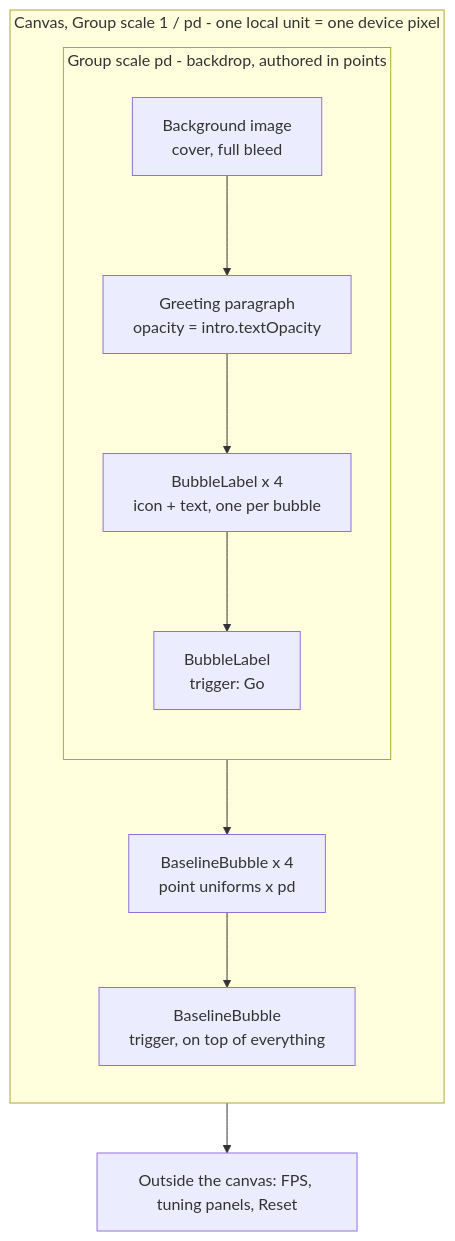
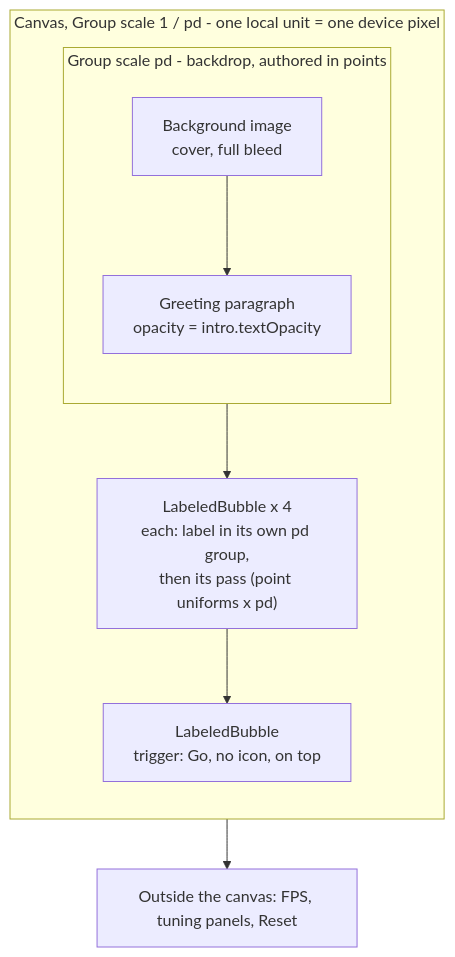
One commit to ImCitizen13/quattro4maggi changed the second of 2 diagrams in src/components/liquid-bubbles-multi/README.md. Above: the diagram before and after it, drawn with Mermaid. The commit also changed other lines of this file and 6 other files, not shown here.

First line of the commit message:
Liquid bubbles multi: per-bubble icons, LabeledBubble, content padding

````diff
--- a/src/components/liquid-bubbles-multi/README.md
+++ b/src/components/liquid-bubbles-multi/README.md
@@ -68,18 +70,16 @@
 ```mermaid
 flowchart TD
     subgraph CANVAS["Canvas, Group scale 1 / pd - one local unit = one device pixel"]
         direction TB
         subgraph PTS["Group scale pd - backdrop, authored in points"]
             direction TB
             BG["Background image<br/>cover, full bleed"]
             GREET["Greeting paragraph<br/>opacity = intro.textOpacity"]
-            LABELS["BubbleLabel x 4<br/>icon + text, one per bubble"]
-            TRIGLABEL["BubbleLabel<br/>trigger: Go"]
-            BG --> GREET --> LABELS --> TRIGLABEL
+            BG --> GREET
         end
-        PASSES["BaselineBubble x 4<br/>point uniforms x pd"]
-        TRIGPASS["BaselineBubble<br/>trigger, on top of everything"]
+        PASSES["LabeledBubble x 4<br/>each: label in its own pd group,<br/>then its pass (point uniforms x pd)"]
+        TRIGPASS["LabeledBubble<br/>trigger: Go, no icon, on top"]
         PTS --> PASSES --> TRIGPASS
     end
     CANVAS --> OVERLAY["Outside the canvas: FPS, tuning panels, Reset"]
 ```
````
